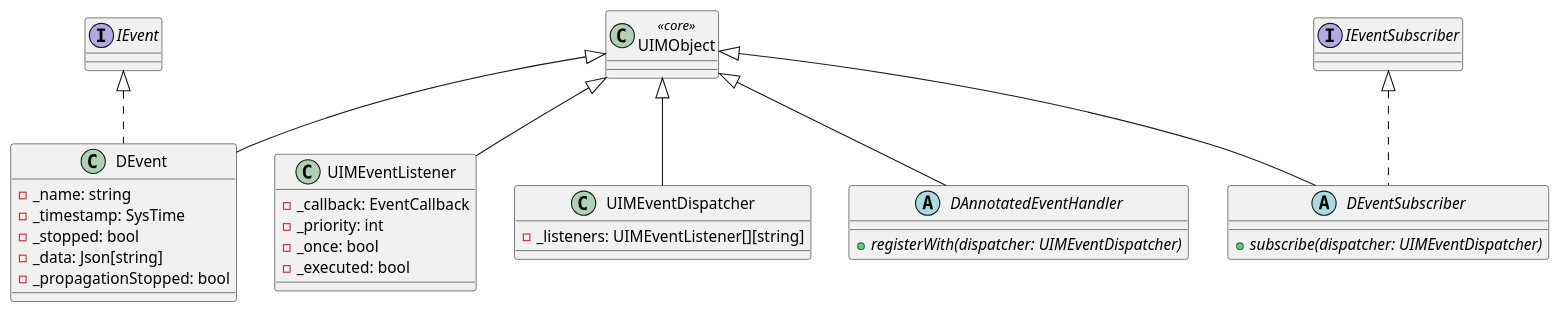
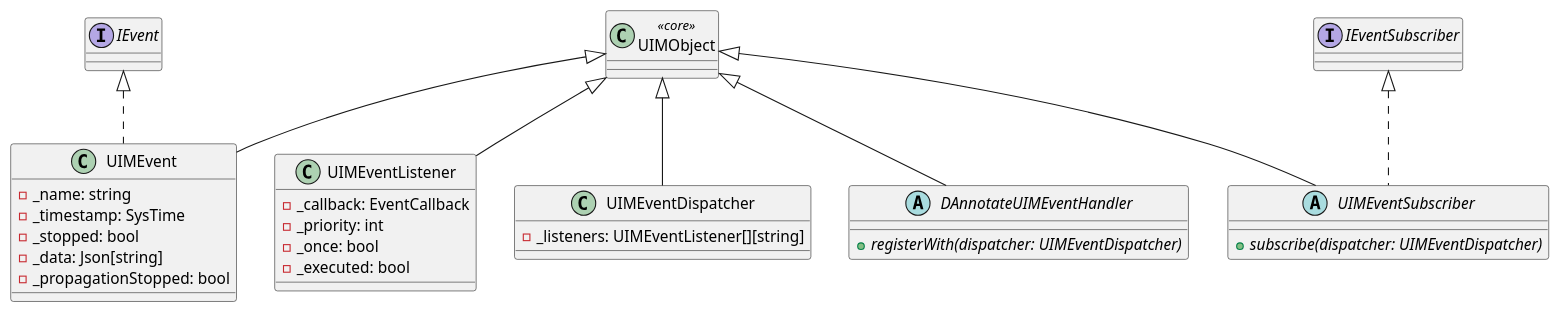
Before and after one commit to UIMSolutions/uim-framework: diagram 12 of 12 in events/UML.md, drawn with PlantUML. The commit also changed other lines of this file and 21 other files, not shown here.

First line of the commit message:
Refactor event system to use UIMEvent and related interfaces

````diff
--- a/events/UML.md
+++ b/events/UML.md
@@ -507,46 +507,46 @@
 ```plantuml
 @startuml Events_Class_Hierarchy
 
 class UIMObject <<core>>
 
 interface IEvent
 interface IEventSubscriber
 
-class DEvent {
+class UIMEvent {
   - _name: string
   - _timestamp: SysTime
   - _stopped: bool
   - _data: Json[string]
   - _propagationStopped: bool
 }
 
 class UIMEventListener {
   - _callback: EventCallback
   - _priority: int
   - _once: bool
   - _executed: bool
 }
 
 class UIMEventDispatcher {
   - _listeners: UIMEventListener[][string]
 }
 
-abstract class DEventSubscriber {
+abstract class UIMEventSubscriber {
   + {abstract} subscribe(dispatcher: UIMEventDispatcher)
 }
 
-abstract class DAnnotatedEventHandler {
+abstract class DAnnotateUIMEventHandler {
   + {abstract} registerWith(dispatcher: UIMEventDispatcher)
 }
 
-UIMObject <|-- DEvent
+UIMObject <|-- UIMEvent
 UIMObject <|-- UIMEventListener
 UIMObject <|-- UIMEventDispatcher
-UIMObject <|-- DEventSubscriber
-UIMObject <|-- DAnnotatedEventHandler
+UIMObject <|-- UIMEventSubscriber
+UIMObject <|-- DAnnotateUIMEventHandler
 
-IEvent <|.. DEvent
-IEventSubscriber <|.. DEventSubscriber
+IEvent <|.. UIMEvent
+IEventSubscriber <|.. UIMEventSubscriber
 
 @enduml
 ```
````
